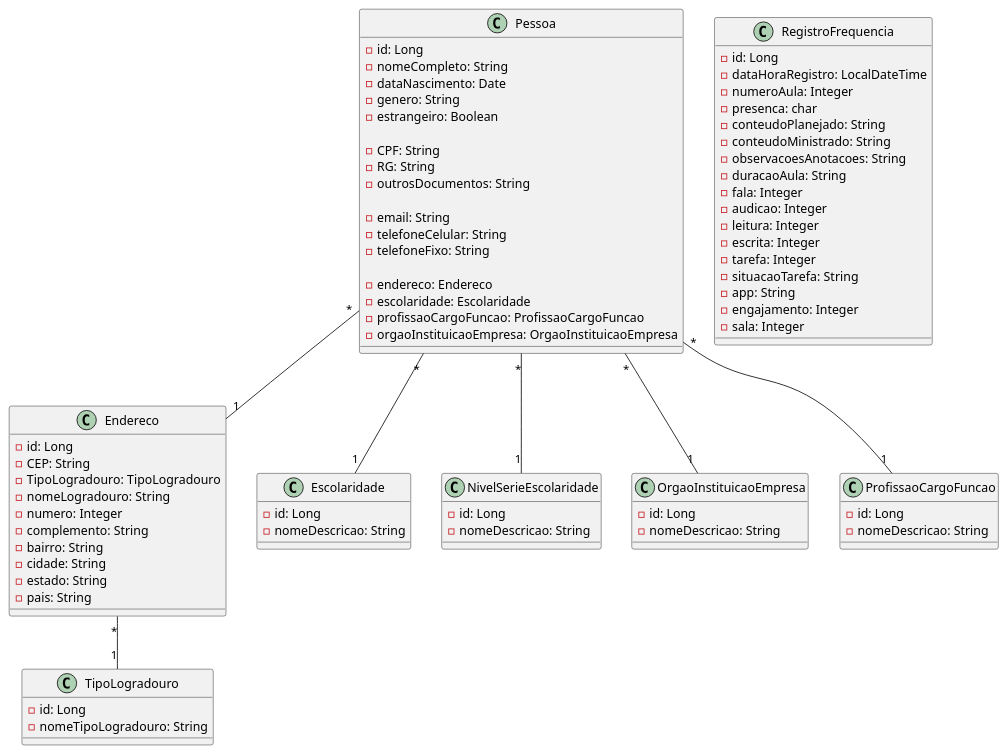
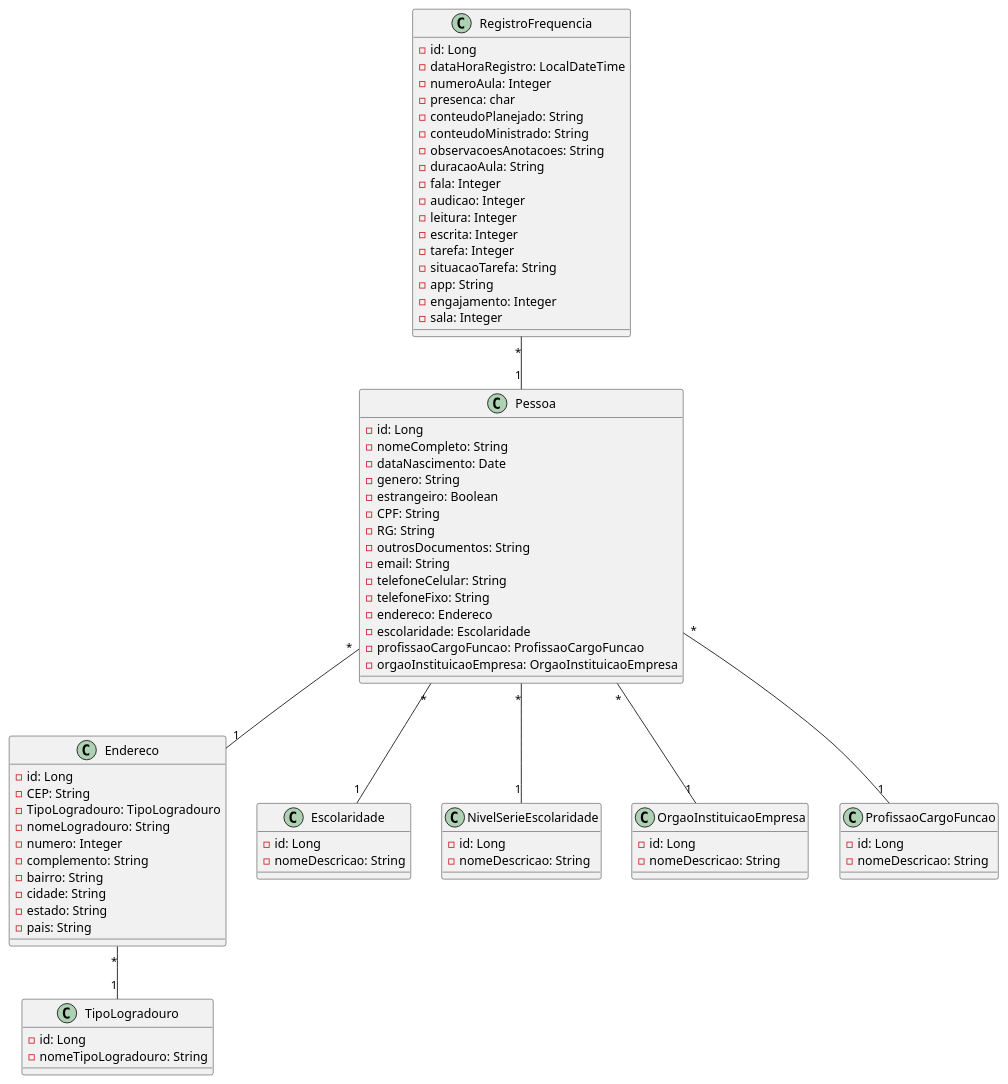
Before and after one commit to Vitor-rs/AgePlan_backend: the diagram in docs/diagrams/dc_entidadesPrincipais.puml, drawn with PlantUML.

Commit message:
:construction: Estruturando relacionamento entre classes

```diff
--- a/docs/diagrams/dc_entidadesPrincipais.puml
+++ b/docs/diagrams/dc_entidadesPrincipais.puml
@@ -1,91 +1,90 @@
 @startuml
 
 class Pessoa {
     - id: Long
     - nomeCompleto: String
     - dataNascimento: Date
     - genero: String
     - estrangeiro: Boolean
-
     - CPF: String
     - RG: String
     - outrosDocumentos: String
-
     - email: String
     - telefoneCelular: String
     - telefoneFixo: String
-
     - endereco: Endereco
     - escolaridade: Escolaridade
     - profissaoCargoFuncao: ProfissaoCargoFuncao
     - orgaoInstituicaoEmpresa: OrgaoInstituicaoEmpresa
 }
 
 class Endereco {
     - id: Long
     - CEP: String
     - TipoLogradouro: TipoLogradouro
     - nomeLogradouro: String
     - numero: Integer
     - complemento: String
     - bairro: String
     - cidade: String
     - estado: String
     - pais: String
 }
 
 class TipoLogradouro {
     - id: Long
     - nomeTipoLogradouro: String
 }
 
 class Escolaridade {
     - id: Long
     - nomeDescricao: String
 }
 
 class NivelSerieEscolaridade {
     - id: Long
     - nomeDescricao: String
 }
 
 class OrgaoInstituicaoEmpresa {
     - id: Long
     - nomeDescricao: String
 }
 
 class ProfissaoCargoFuncao {
     - id: Long
     - nomeDescricao: String
 }
 
 class RegistroFrequencia {
     - id: Long
     - dataHoraRegistro: LocalDateTime
     - numeroAula: Integer
     - presenca: char
     - conteudoPlanejado: String
     - conteudoMinistrado: String
     - observacoesAnotacoes: String
     - duracaoAula: String
     - fala: Integer
     - audicao: Integer
     - leitura: Integer
     - escrita: Integer
     - tarefa: Integer
     - situacaoTarefa: String
     - app: String
     - engajamento: Integer
     - sala: Integer
 }
 
 
 Pessoa "*" -- "1" Endereco
 Pessoa "*" -- "1" Escolaridade
 Pessoa "*" -- "1" NivelSerieEscolaridade
 Pessoa "*" -- "1" ProfissaoCargoFuncao
 Pessoa "*" -- "1" OrgaoInstituicaoEmpresa
 
 Endereco "*" -- "1" TipoLogradouro
 
+RegistroFrequencia "*" -- "1" Pessoa
+
 @enduml
```
